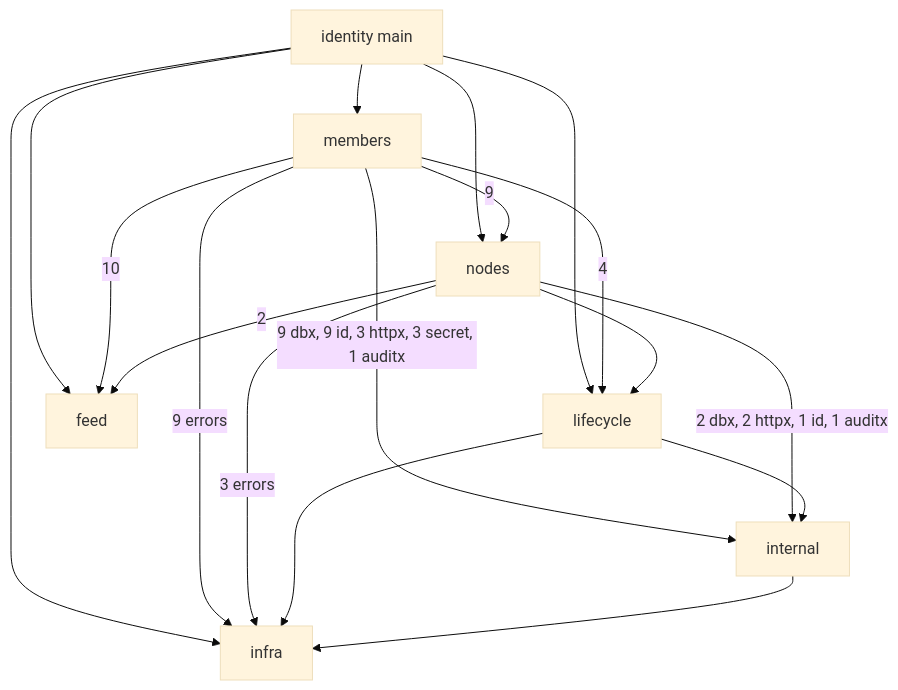
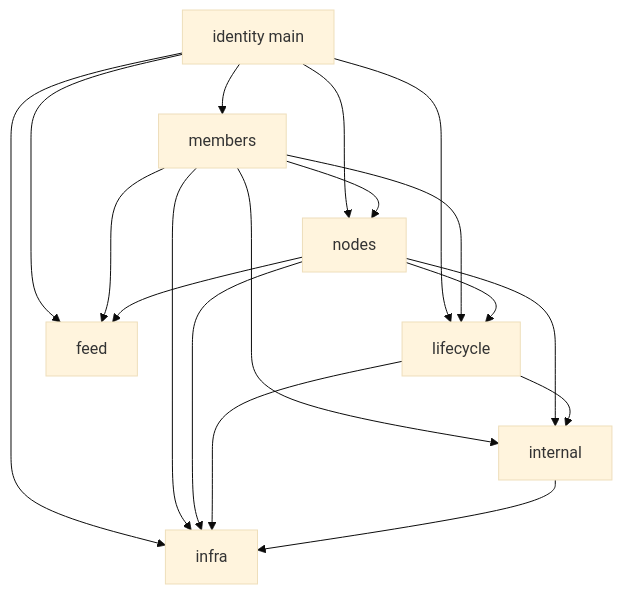
Before and after one commit to plat5dev/plat5: the fourth of 5 diagrams in docs/internals/module-map.md, drawn with Mermaid (base theme). The commit also changed other lines of this file and 1 other file, not shown here.

````diff
--- a/docs/internals/module-map.md
+++ b/docs/internals/module-map.md
@@ -113,20 +67,8 @@
 ```mermaid
 flowchart TD
-  main[identity main] --> members
-  main --> nodes
-  main --> lifecycle
-  main --> feed
-  main --> infra
-  members -->|9| nodes
-  members -->|4| lifecycle
-  members -->|10| feed
-  members -->|"9 dbx, 9 id, 3 httpx, 3 secret, 1 auditx"| internal
-  members -->|9 errors| infra
-  nodes --> lifecycle
-  nodes -->|2| feed
-  nodes -->|"2 dbx, 2 httpx, 1 id, 1 auditx"| internal
-  nodes -->|3 errors| infra
-  lifecycle --> internal
-  lifecycle --> infra
+  main[identity main] --> members & nodes & lifecycle & feed & infra
+  members --> nodes & lifecycle & feed & internal & infra
+  nodes --> lifecycle & feed & internal & infra
+  lifecycle --> internal & infra
   internal --> infra
 ```
````
